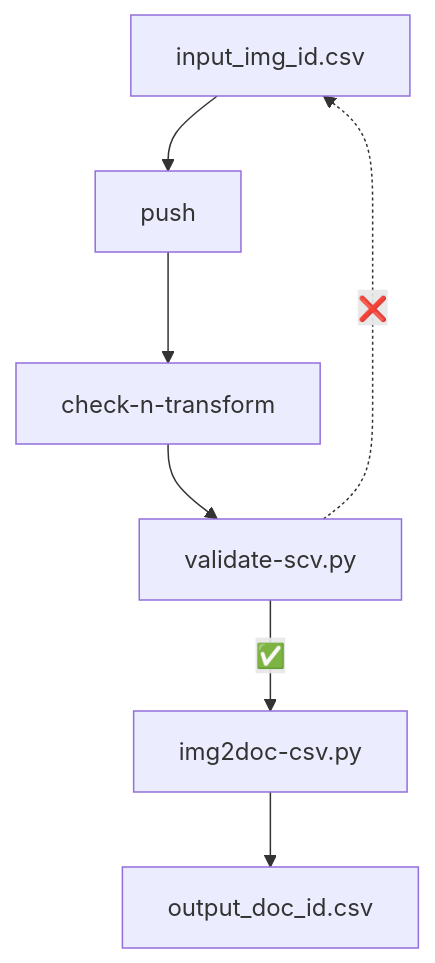
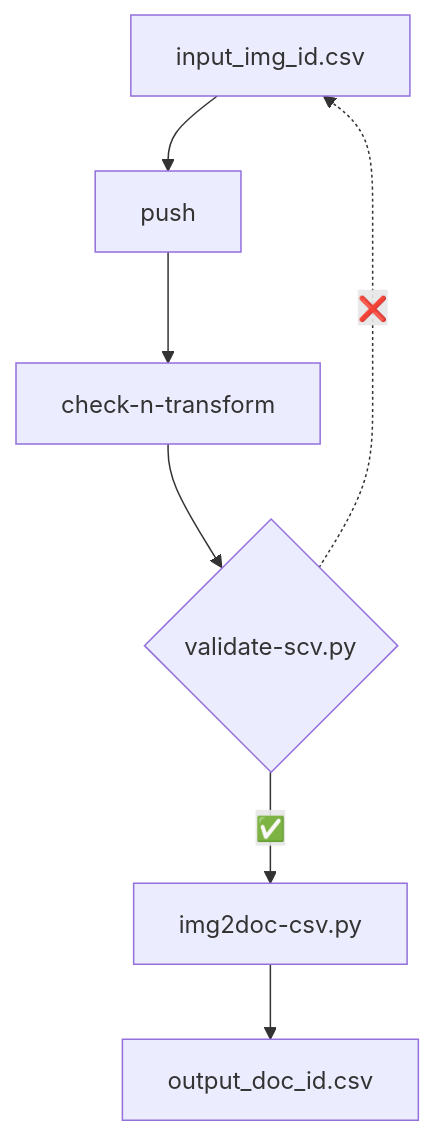
Before and after one commit to auden-in-austria-digital/aad-data: the diagram in README.md, drawn with Mermaid.

````diff
--- a/README.md
+++ b/README.md
@@ -16,9 +16,9 @@
 ```mermaid
-graph TD;
+flowchart TD;
     input_img_id.csv-->push;
     push-->check-n-transform;
-    check-n-transform-->validate-scv.py;
-    validate-scv.py-->|#9989;| img2doc-csv.py;
+    check-n-transform-->A{validate-scv.py};
+    A-->|#9989;| img2doc-csv.py;
     img2doc-csv.py-->output_doc_id.csv;
-    validate-scv.py-. #10060; .->input_img_id.csv;
+    A-. #10060; .->input_img_id.csv;
 ```
````
